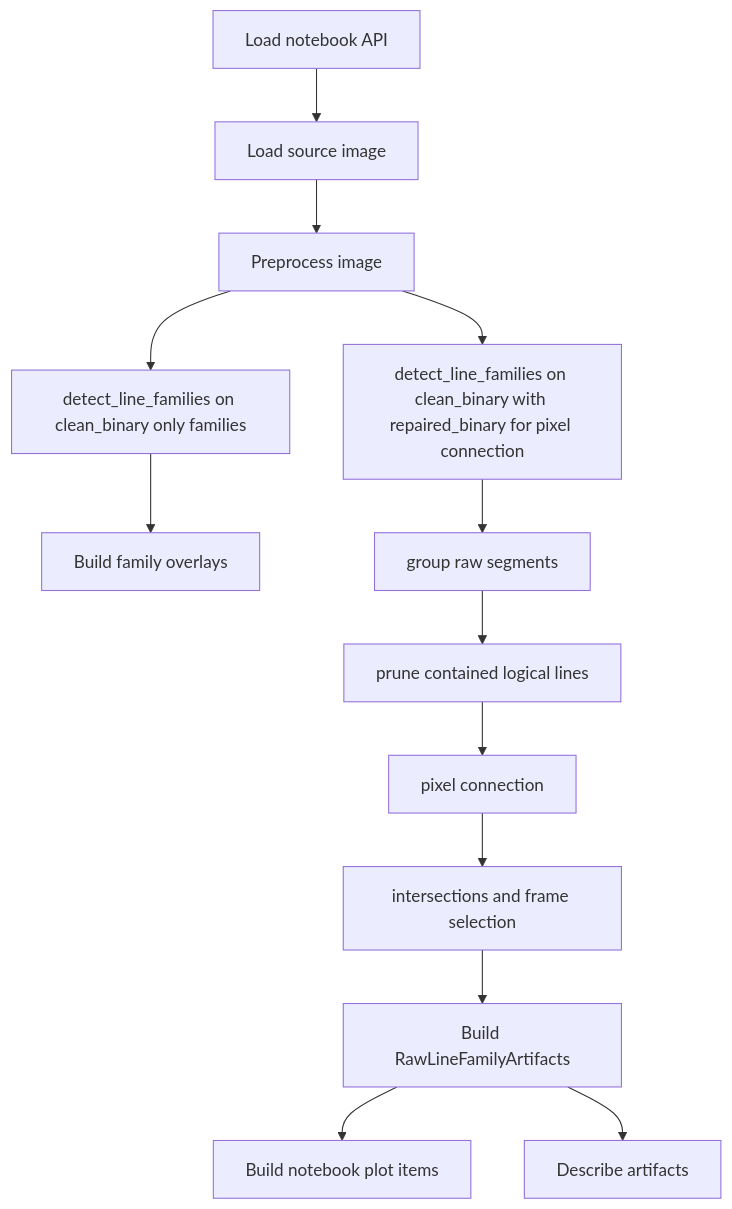
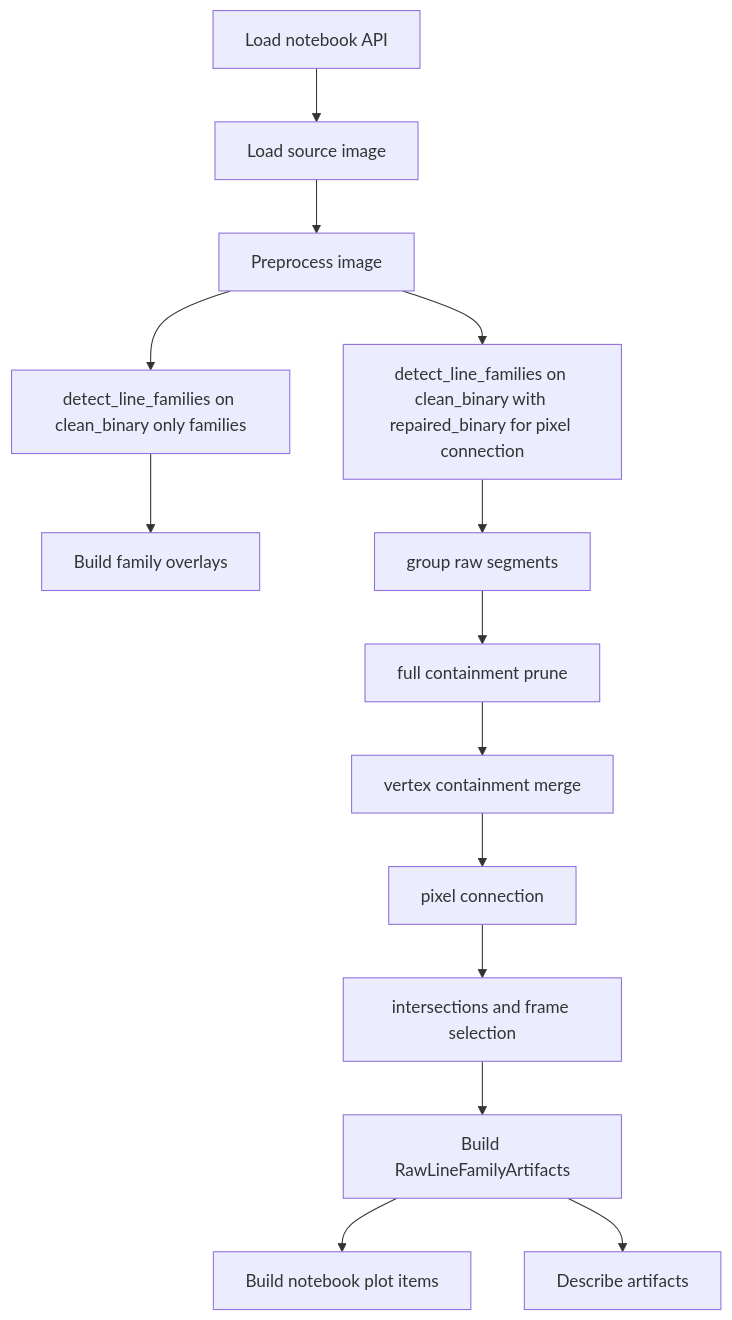
Before and after one commit to ML-Experts/sudoku: the diagram in src/MachineLearning/draft/raw_line_family_only/documentation/pipeline_overview.md, drawn with Mermaid. The commit also changed other lines of this file and 21 other files, not shown here.

First line of the commit message:
Enhance raw line family processing with new vertex containment and cross-axis continuity features

````diff
--- a/src/MachineLearning/draft/raw_line_family_only/documentation/pipeline_overview.md
+++ b/src/MachineLearning/draft/raw_line_family_only/documentation/pipeline_overview.md
@@ -301,15 +332,16 @@
 ```mermaid
 flowchart TD
     loadApi[Load notebook API] --> loadImage[Load source image]
     loadImage --> preprocess[Preprocess image]
     preprocess --> familyPass[detect_line_families on clean_binary only families]
     preprocess --> fullPass[detect_line_families on clean_binary with repaired_binary for pixel connection]
     familyPass --> familyOverlay[Build family overlays]
     fullPass --> grouping[group raw segments]
-    grouping --> containment[prune contained logical lines]
-    containment --> connection[pixel connection]
+    grouping --> fullContainment[full containment prune]
+    fullContainment --> vertexMerge[vertex containment merge]
+    vertexMerge --> connection[pixel connection]
     connection --> intersections[intersections and frame selection]
     intersections --> buildArtifacts[Build RawLineFamilyArtifacts]
     buildArtifacts --> buildPlots[Build notebook plot items]
     buildArtifacts --> buildReport[Describe artifacts]
 ```
````
